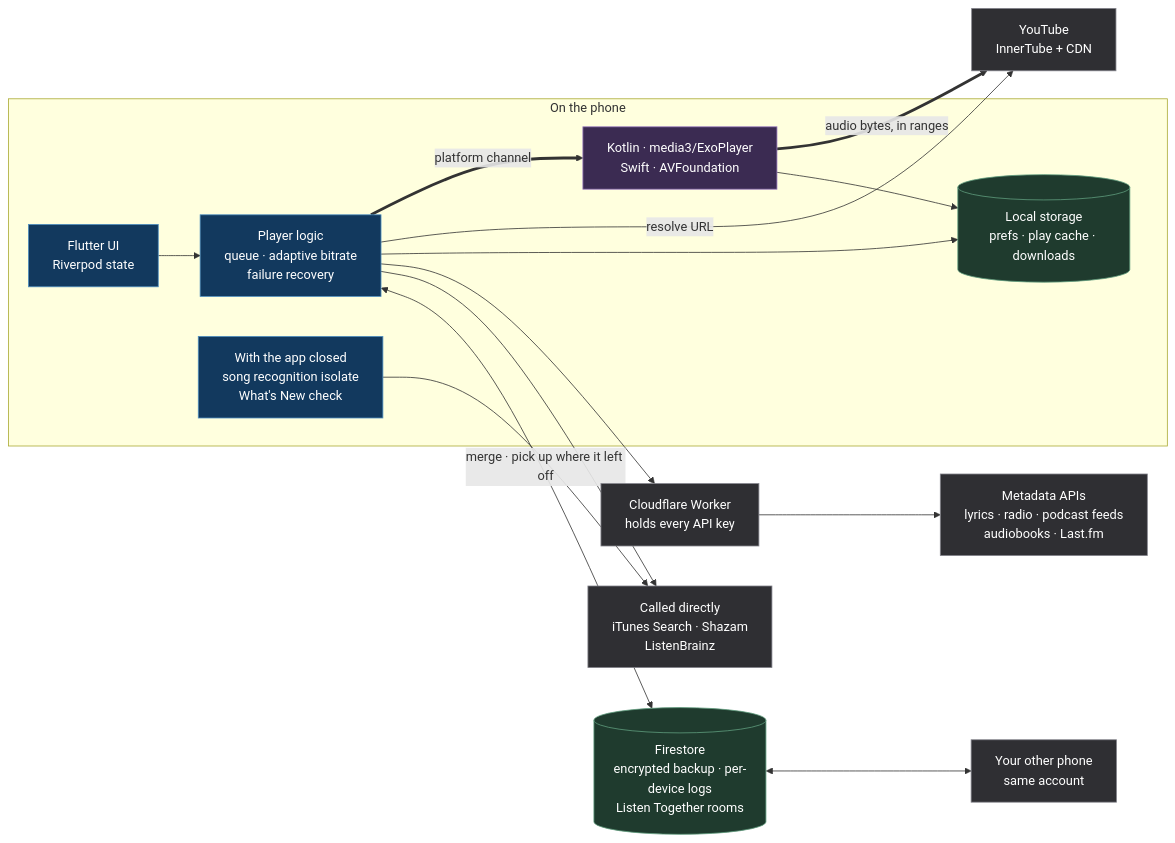
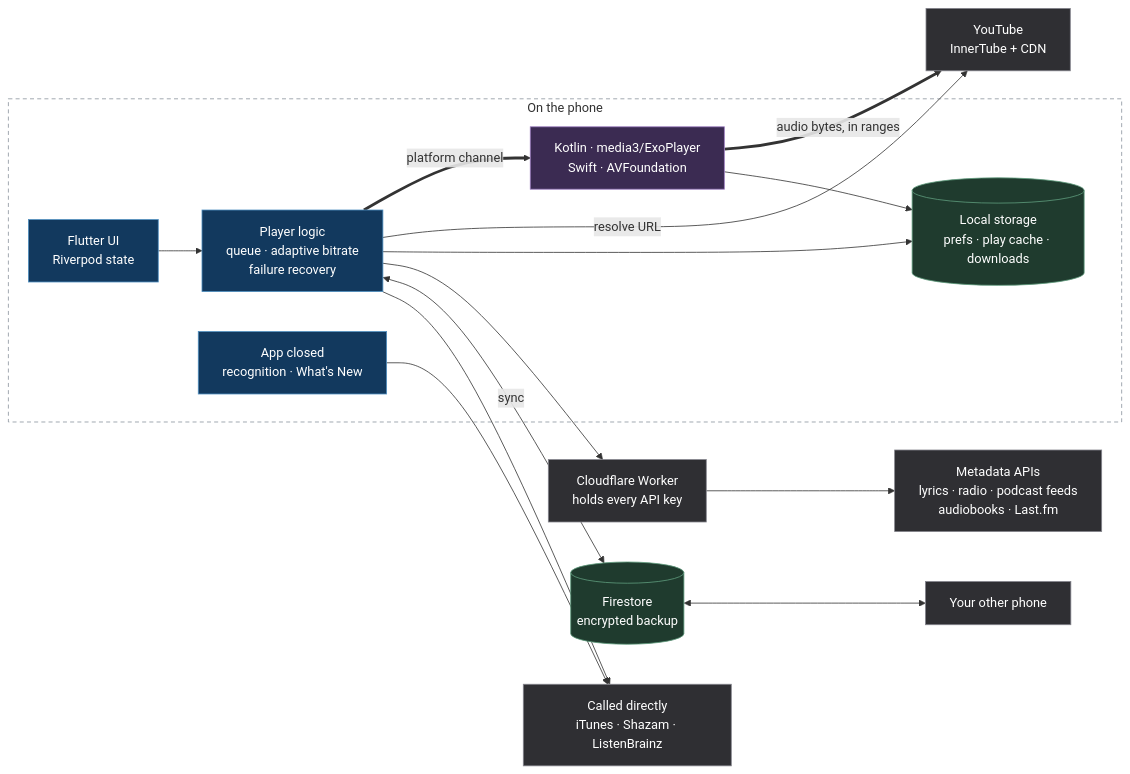
One commit to AKDontMiss/Auvy changed the diagram in README.md. Above: the diagram before and after it, drawn with Mermaid. The commit also changed other lines of this file and 8 other files, not shown here.

````diff
--- a/README.md
+++ b/README.md
@@ -96,39 +97,40 @@
 ```mermaid
 flowchart LR
     subgraph phone["On the phone"]
         ui["Flutter UI<br/>Riverpod state"]
         logic["Player logic<br/>queue · adaptive bitrate<br/>failure recovery"]
         native["Kotlin · media3/ExoPlayer<br/>Swift · AVFoundation"]
-        bg["With the app closed<br/>song recognition isolate<br/>What's New check"]
+        bg["App closed<br/>recognition · What's New"]
         disk[("Local storage<br/>prefs · play cache · downloads")]
     end
 
     yt["YouTube<br/>InnerTube + CDN"]
     worker["Cloudflare Worker<br/>holds every API key"]
     meta["Metadata APIs<br/>lyrics · radio · podcast feeds<br/>audiobooks · Last.fm"]
-    direct["Called directly<br/>iTunes Search · Shazam<br/>ListenBrainz"]
-    fire[("Firestore<br/>encrypted backup · per-device logs<br/>Listen Together rooms")]
-    other["Your other phone<br/>same account"]
+    fire[("Firestore<br/>encrypted backup")]
+    other["Your other phone"]
+    direct["Called directly<br/>iTunes · Shazam · ListenBrainz"]
 
     ui --> logic
     logic ==>|"platform channel"| native
     native ==>|"audio bytes, in ranges"| yt
     logic -->|"resolve URL"| yt
     native --> disk
     logic --> disk
     logic --> worker
     worker --> meta
+    logic <-->|"sync"| fire
+    fire <--> other
     logic --> direct
     bg --> direct
-    logic <-->|"merge · pick up where it left off"| fire
-    fire <--> other
 
     classDef dart fill:#12395e,stroke:#4f8fc0,color:#fff
     classDef kt fill:#3b2b52,stroke:#9b7cc0,color:#fff
     classDef store fill:#1f3b2e,stroke:#5f9c7d,color:#fff
     classDef ext fill:#2f2f33,stroke:#84848c,color:#fff
     class ui,logic,bg dart
     class native kt
     class disk,fire store
     class yt,worker,meta,direct,other ext
+    style phone fill:none,stroke:#8b949e,stroke-dasharray:5 4
 ```
````
